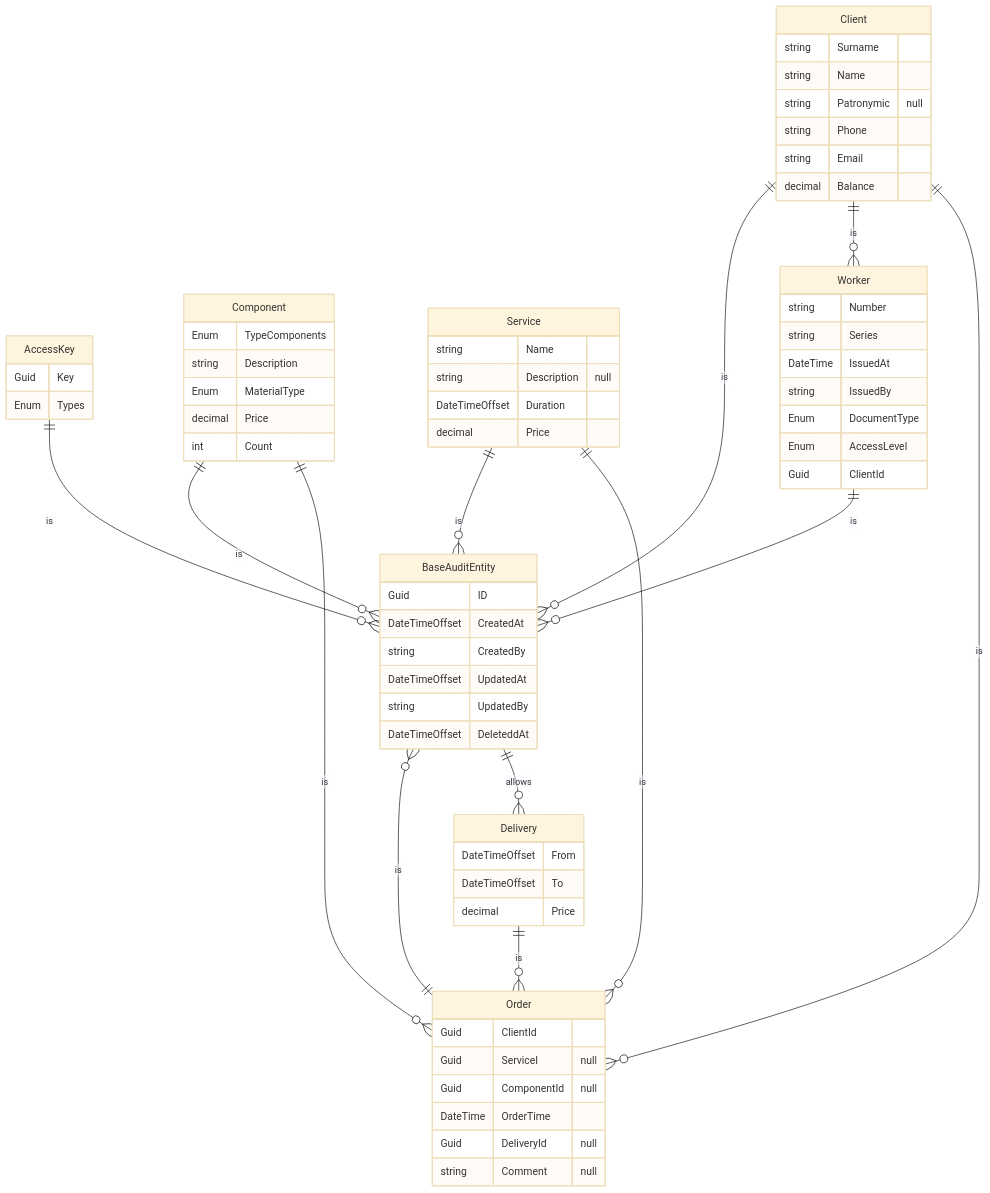
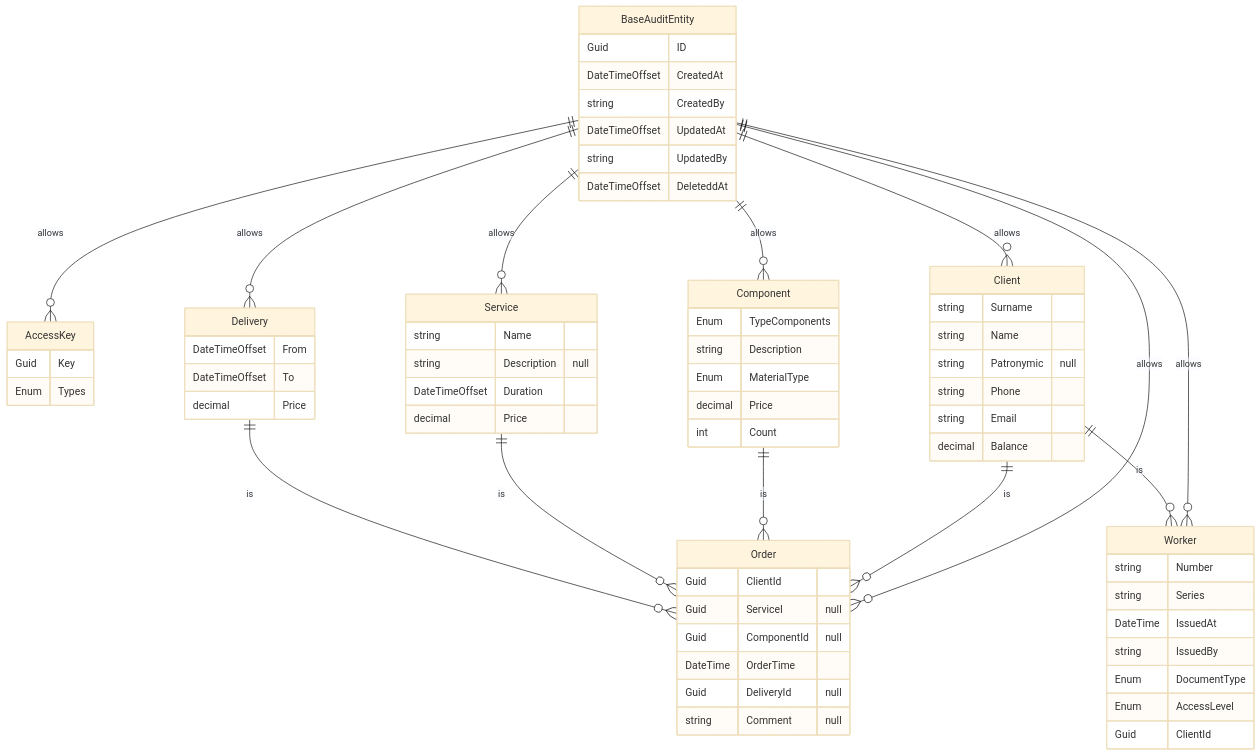
The diagram in README.md (SlavaNik16/Accessories_PC_Nik_Api), drawn with Mermaid (base theme) before and after one commit.

````diff
--- a/README.md
+++ b/README.md
@@ -5,77 +5,77 @@
 ```mermaid
 erDiagram
 
     BaseAuditEntity {
         Guid ID
         DateTimeOffset CreatedAt
         string CreatedBy
         DateTimeOffset UpdatedAt
         string UpdatedBy
         DateTimeOffset DeleteddAt
     }
 
     AccessKey {
         Guid Key
         Enum Types
     }
 
     Client {
         string Surname
         string Name
         string Patronymic "null"
         string Phone
         string Email
         decimal Balance
     }
 
     Component {
         Enum TypeComponents
         string Description
         Enum MaterialType
         decimal Price
         int Count
     }
 
      Delivery {
         DateTimeOffset From
         DateTimeOffset To
         decimal Price
     }
 
     Order {
         Guid ClientId
         Guid ServiceI "null"
         Guid ComponentId "null"
         DateTime OrderTime
         Guid DeliveryId "null"
         string Comment "null"
     }
     Service {
         string Name
         string Description "null"
         DateTimeOffset Duration
         decimal Price
     }
     Worker {
         string Number
         string Series
         DateTime IssuedAt
         string IssuedBy
         Enum DocumentType
         Enum AccessLevel
         Guid ClientId
     }
     Delivery ||--o{ Order: is
     Service ||--o{ Order: is
     Component ||--o{ Order: is
     Client ||--o{ Order: is
     Client ||--o{ Worker: is
 
     BaseAuditEntity ||--o{ Delivery: allows
-    Service ||--o{ BaseAuditEntity: is
-    Component ||--o{ BaseAuditEntity: is
-    Worker ||--o{ BaseAuditEntity: is
-    Order ||--o{ BaseAuditEntity: is
-    AccessKey ||--o{ BaseAuditEntity: is
-    Client ||--o{ BaseAuditEntity: is
+    BaseAuditEntity ||--o{ Service: allows
+    BaseAuditEntity ||--o{ Component: allows
+    BaseAuditEntity ||--o{ Worker: allows
+    BaseAuditEntity ||--o{ Order: allows
+    BaseAuditEntity ||--o{ AccessKey: allows
+    BaseAuditEntity ||--o{ Client: allows
  ```
````
